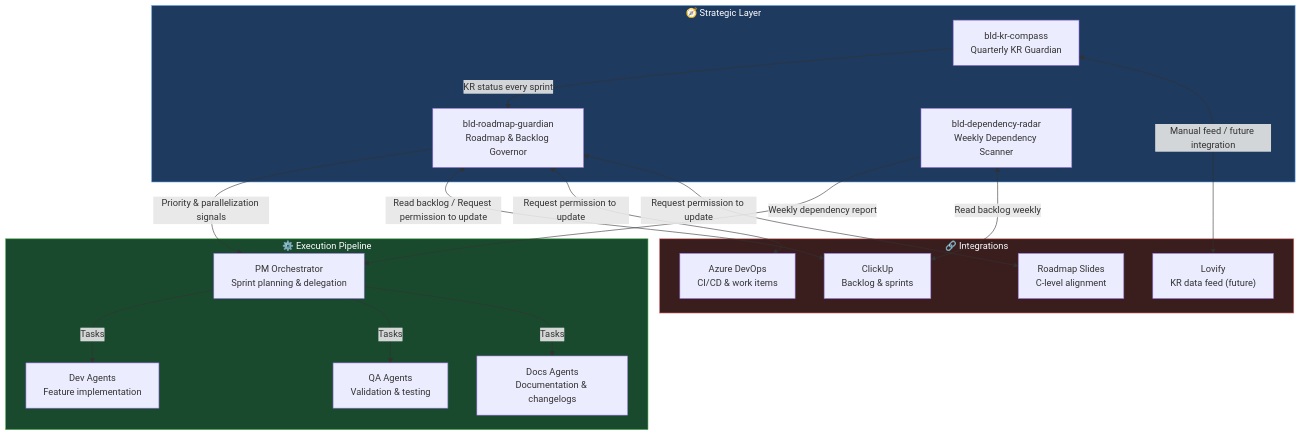
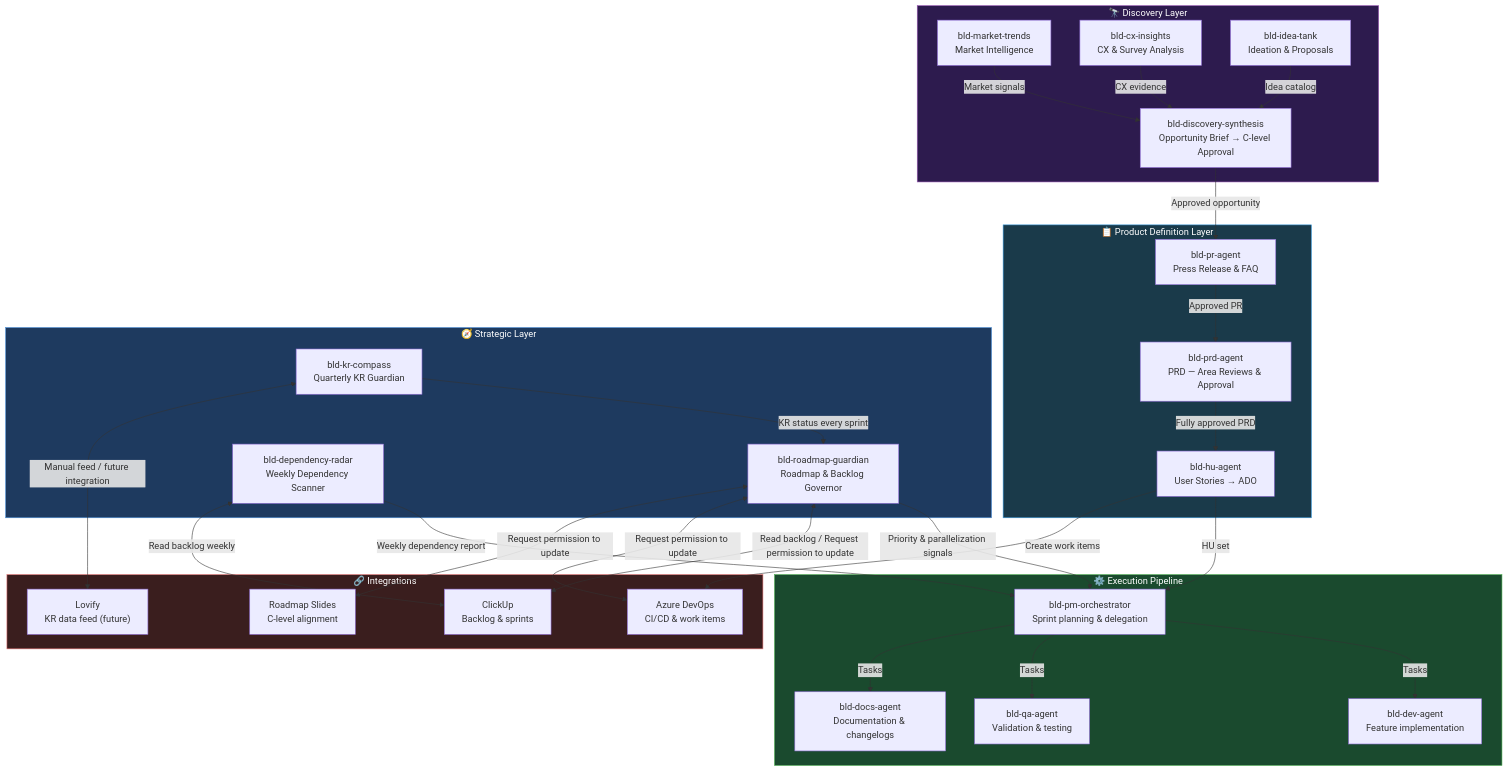
One commit to Juanboldcf/-bld-pipeline changed the first of 4 diagrams in README.md. Above: the diagram before and after it, drawn with Mermaid. The commit also changed other lines of this file and 7 other files, not shown here.

First line of the commit message:
feat: add discovery and product definition layers

````diff
--- a/README.md
+++ b/README.md
@@ -9,39 +9,63 @@
 ```mermaid
 graph TB
+    subgraph DISCOVERY["🔭 Discovery Layer"]
+        MT["bld-market-trends\nMarket Intelligence"]
+        CX["bld-cx-insights\nCX & Survey Analysis"]
+        IT["bld-idea-tank\nIdeation & Proposals"]
+        DS["bld-discovery-synthesis\nOpportunity Brief → C-level Approval"]
+    end
+
+    subgraph DEFINITION["📋 Product Definition Layer"]
+        PR["bld-pr-agent\nPress Release & FAQ"]
+        PRD["bld-prd-agent\nPRD — Area Reviews & Approval"]
+        HU["bld-hu-agent\nUser Stories → ADO"]
+    end
+
     subgraph STRATEGIC["🧭 Strategic Layer"]
         KRC["bld-kr-compass\nQuarterly KR Guardian"]
         RG["bld-roadmap-guardian\nRoadmap & Backlog Governor"]
         DR["bld-dependency-radar\nWeekly Dependency Scanner"]
     end
 
     subgraph EXECUTION["⚙️ Execution Pipeline"]
-        PM["PM Orchestrator\nSprint planning & delegation"]
-        DEV["Dev Agents\nFeature implementation"]
-        QA["QA Agents\nValidation & testing"]
-        DOC["Docs Agents\nDocumentation & changelogs"]
+        PMO["bld-pm-orchestrator\nSprint planning & delegation"]
+        DEV["bld-dev-agent\nFeature implementation"]
+        QA["bld-qa-agent\nValidation & testing"]
+        DOC["bld-docs-agent\nDocumentation & changelogs"]
     end
 
     subgraph INTEGRATIONS["🔗 Integrations"]
         CU["ClickUp\nBacklog & sprints"]
         ADO["Azure DevOps\nCI/CD & work items"]
         SLIDES["Roadmap Slides\nC-level alignment"]
         LOVIFY["Lovify\nKR data feed (future)"]
     end
 
+    MT -->|Market signals| DS
+    CX -->|CX evidence| DS
+    IT -->|Idea catalog| DS
+    DS -->|Approved opportunity| PR
+    PR -->|Approved PR| PRD
+    PRD -->|Fully approved PRD| HU
+    HU -->|HU set| PMO
+
     KRC -->|KR status every sprint| RG
-    DR -->|Weekly dependency report| PM
-    RG -->|Priority & parallelization signals| PM
-    PM -->|Tasks| DEV
-    PM -->|Tasks| QA
-    PM -->|Tasks| DOC
+    DR -->|Weekly dependency report| PMO
+    RG -->|Priority & parallelization signals| PMO
+    PMO -->|Tasks| DEV
+    PMO -->|Tasks| QA
+    PMO -->|Tasks| DOC
 
     RG <-->|Read backlog / Request permission to update| CU
     RG <-->|Request permission to update| ADO
     RG <-->|Request permission to update| SLIDES
     DR <-->|Read backlog weekly| CU
+    HU -->|Create work items| ADO
     KRC <-->|Manual feed / future integration| LOVIFY
 
+    style DISCOVERY fill:#2d1b4e,color:#fff,stroke:#9b59b6
+    style DEFINITION fill:#1a3a4a,color:#fff,stroke:#3498db
     style STRATEGIC fill:#1e3a5f,color:#fff,stroke:#4a90d9
     style EXECUTION fill:#1a4a2e,color:#fff,stroke:#4caf50
     style INTEGRATIONS fill:#3a1e1e,color:#fff,stroke:#e57373
 ```
````
